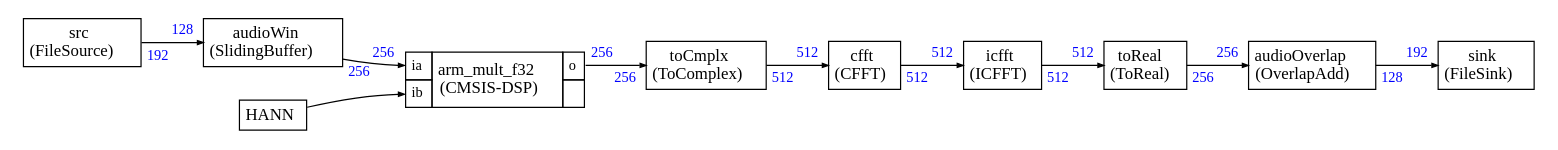
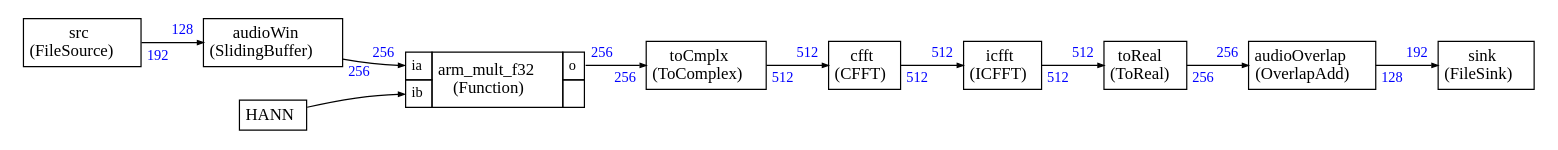
One commit to ARM-software/CMSIS-Stream changed the diagram in Examples/example3/pre_schedule_test.dot. Above: the diagram before and after it, drawn with Graphviz. The commit also changed 35 other files, not shown here.

```diff
--- a/Examples/example3/pre_schedule_test.dot
+++ b/Examples/example3/pre_schedule_test.dot
@@ -1,144 +1,144 @@
 
 
 
 
 digraph structs {
     bgcolor = "white"
     node [shape=plaintext,color="black",fontcolor="black",fontname="Times-Roman"]
     rankdir=LR
     edge [arrowsize="0.5",color="black",fontcolor="black",fontname="Times-Roman"]
 
 
 
 src [label=<
 <TABLE color="black" bgcolor="none" BORDER="0" CELLBORDER="1" CELLSPACING="0" CELLPADDING="4">
   <TR>
     <TD ALIGN="CENTER" PORT="i"><FONT COLOR="black" POINT-SIZE="14.0">src<BR/>(FileSource)</FONT></TD>
   </TR>
 </TABLE>>];
 
 audioWin [label=<
 <TABLE color="black" bgcolor="none" BORDER="0" CELLBORDER="1" CELLSPACING="0" CELLPADDING="4">
   <TR>
     <TD ALIGN="CENTER" PORT="i"><FONT COLOR="black" POINT-SIZE="14.0">audioWin<BR/>(SlidingBuffer)</FONT></TD>
   </TR>
 </TABLE>>];
 
 
 arm_mult_f321 [label=<
 <TABLE color="black" bgcolor="none" BORDER="0" CELLBORDER="1" CELLSPACING="0" CELLPADDING="4">
   <TR>
     <TD PORT="ia"><FONT POINT-SIZE="12.0" COLOR="black">ia</FONT></TD>
-    <TD ALIGN="CENTER" ROWSPAN="2"><FONT COLOR="black" POINT-SIZE="14.0">arm_mult_f32<BR/>(CMSIS-DSP)</FONT></TD>
+    <TD ALIGN="CENTER" ROWSPAN="2"><FONT COLOR="black" POINT-SIZE="14.0">arm_mult_f32<BR/>(Function)</FONT></TD>
     <TD PORT="o"><FONT POINT-SIZE="12.0" COLOR="black">o</FONT></TD>
   </TR>
 <TR>
 <TD PORT="ib"><FONT POINT-SIZE="12.0" COLOR="black">ib</FONT></TD>
 
  
 <TD></TD></TR>
 
 </TABLE>>];
 
 toCmplx [label=<
 <TABLE color="black" bgcolor="none" BORDER="0" CELLBORDER="1" CELLSPACING="0" CELLPADDING="4">
   <TR>
     <TD ALIGN="CENTER" PORT="i"><FONT COLOR="black" POINT-SIZE="14.0">toCmplx<BR/>(ToComplex)</FONT></TD>
   </TR>
 </TABLE>>];
 
 cfft [label=<
 <TABLE color="black" bgcolor="none" BORDER="0" CELLBORDER="1" CELLSPACING="0" CELLPADDING="4">
   <TR>
     <TD ALIGN="CENTER" PORT="i"><FONT COLOR="black" POINT-SIZE="14.0">cfft<BR/>(CFFT)</FONT></TD>
   </TR>
 </TABLE>>];
 
 icfft [label=<
 <TABLE color="black" bgcolor="none" BORDER="0" CELLBORDER="1" CELLSPACING="0" CELLPADDING="4">
   <TR>
     <TD ALIGN="CENTER" PORT="i"><FONT COLOR="black" POINT-SIZE="14.0">icfft<BR/>(ICFFT)</FONT></TD>
   </TR>
 </TABLE>>];
 
 toReal [label=<
 <TABLE color="black" bgcolor="none" BORDER="0" CELLBORDER="1" CELLSPACING="0" CELLPADDING="4">
   <TR>
     <TD ALIGN="CENTER" PORT="i"><FONT COLOR="black" POINT-SIZE="14.0">toReal<BR/>(ToReal)</FONT></TD>
   </TR>
 </TABLE>>];
 
 audioOverlap [label=<
 <TABLE color="black" bgcolor="none" BORDER="0" CELLBORDER="1" CELLSPACING="0" CELLPADDING="4">
   <TR>
     <TD ALIGN="CENTER" PORT="i"><FONT COLOR="black" POINT-SIZE="14.0">audioOverlap<BR/>(OverlapAdd)</FONT></TD>
   </TR>
 </TABLE>>];
 
 sink [label=<
 <TABLE color="black" bgcolor="none" BORDER="0" CELLBORDER="1" CELLSPACING="0" CELLPADDING="4">
   <TR>
     <TD ALIGN="CENTER" PORT="i"><FONT COLOR="black" POINT-SIZE="14.0">sink<BR/>(FileSink)</FONT></TD>
   </TR>
 </TABLE>>];
 
 
 
 src:i -> audioWin:i [style="solid",color="black",label=""
 ,headlabel=<<TABLE BORDER="0" CELLPADDING="2"><TR><TD><FONT COLOR="blue" POINT-SIZE="12.0" >128</FONT>
 </TD></TR></TABLE>>
 ,taillabel=<<TABLE BORDER="0" CELLPADDING="2"><TR><TD><FONT COLOR="blue" POINT-SIZE="12.0" >192</FONT>
 </TD></TR></TABLE>>]
 
 audioWin:i -> arm_mult_f321:ia [style="solid",color="black",label=""
 ,headlabel=<<TABLE BORDER="0" CELLPADDING="2"><TR><TD><FONT COLOR="blue" POINT-SIZE="12.0" >256</FONT>
 </TD></TR></TABLE>>
 ,taillabel=<<TABLE BORDER="0" CELLPADDING="2"><TR><TD><FONT COLOR="blue" POINT-SIZE="12.0" >256</FONT>
 </TD></TR></TABLE>>]
 
 arm_mult_f321:o -> toCmplx:i [style="solid",color="black",label=""
 ,headlabel=<<TABLE BORDER="0" CELLPADDING="2"><TR><TD><FONT COLOR="blue" POINT-SIZE="12.0" >256</FONT>
 </TD></TR></TABLE>>
 ,taillabel=<<TABLE BORDER="0" CELLPADDING="2"><TR><TD><FONT COLOR="blue" POINT-SIZE="12.0" >256</FONT>
 </TD></TR></TABLE>>]
 
 toCmplx:i -> cfft:i [style="solid",color="black",label=""
 ,headlabel=<<TABLE BORDER="0" CELLPADDING="2"><TR><TD><FONT COLOR="blue" POINT-SIZE="12.0" >512</FONT>
 </TD></TR></TABLE>>
 ,taillabel=<<TABLE BORDER="0" CELLPADDING="2"><TR><TD><FONT COLOR="blue" POINT-SIZE="12.0" >512</FONT>
 </TD></TR></TABLE>>]
 
 cfft:i -> icfft:i [style="solid",color="black",label=""
 ,headlabel=<<TABLE BORDER="0" CELLPADDING="2"><TR><TD><FONT COLOR="blue" POINT-SIZE="12.0" >512</FONT>
 </TD></TR></TABLE>>
 ,taillabel=<<TABLE BORDER="0" CELLPADDING="2"><TR><TD><FONT COLOR="blue" POINT-SIZE="12.0" >512</FONT>
 </TD></TR></TABLE>>]
 
 icfft:i -> toReal:i [style="solid",color="black",label=""
 ,headlabel=<<TABLE BORDER="0" CELLPADDING="2"><TR><TD><FONT COLOR="blue" POINT-SIZE="12.0" >512</FONT>
 </TD></TR></TABLE>>
 ,taillabel=<<TABLE BORDER="0" CELLPADDING="2"><TR><TD><FONT COLOR="blue" POINT-SIZE="12.0" >512</FONT>
 </TD></TR></TABLE>>]
 
 toReal:i -> audioOverlap:i [style="solid",color="black",label=""
 ,headlabel=<<TABLE BORDER="0" CELLPADDING="2"><TR><TD><FONT COLOR="blue" POINT-SIZE="12.0" >256</FONT>
 </TD></TR></TABLE>>
 ,taillabel=<<TABLE BORDER="0" CELLPADDING="2"><TR><TD><FONT COLOR="blue" POINT-SIZE="12.0" >256</FONT>
 </TD></TR></TABLE>>]
 
 audioOverlap:i -> sink:i [style="solid",color="black",label=""
 ,headlabel=<<TABLE BORDER="0" CELLPADDING="2"><TR><TD><FONT COLOR="blue" POINT-SIZE="12.0" >192</FONT>
 </TD></TR></TABLE>>
 ,taillabel=<<TABLE BORDER="0" CELLPADDING="2"><TR><TD><FONT COLOR="blue" POINT-SIZE="12.0" >128</FONT>
 </TD></TR></TABLE>>]
 
 HANN [label=<
 <TABLE color="black" bgcolor="none" BORDER="0" CELLBORDER="1" CELLSPACING="0" CELLPADDING="4">
   <TR>
     <TD ALIGN="CENTER" PORT="i"><FONT COLOR="black" POINT-SIZE="14.0">HANN</FONT></TD>
   </TR>
 </TABLE>>];
 
 HANN:i -> arm_mult_f321:ib
  [style="solid",color="black"]
 }
```
